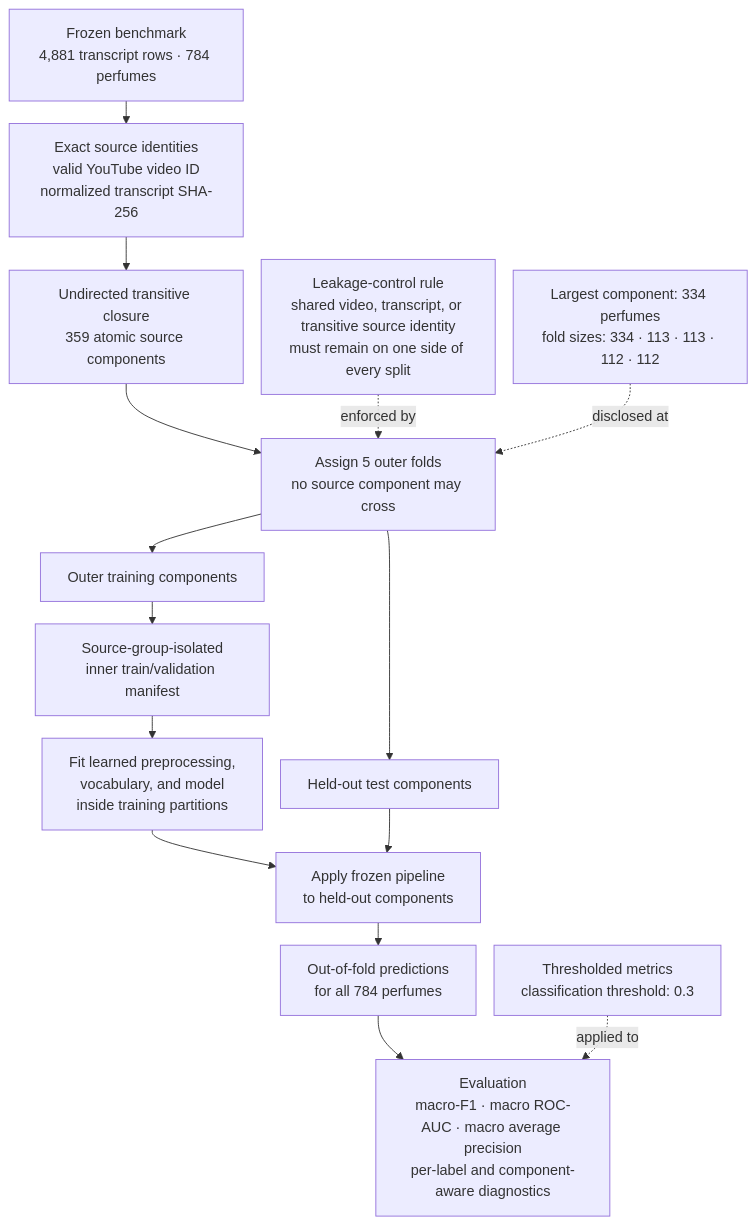
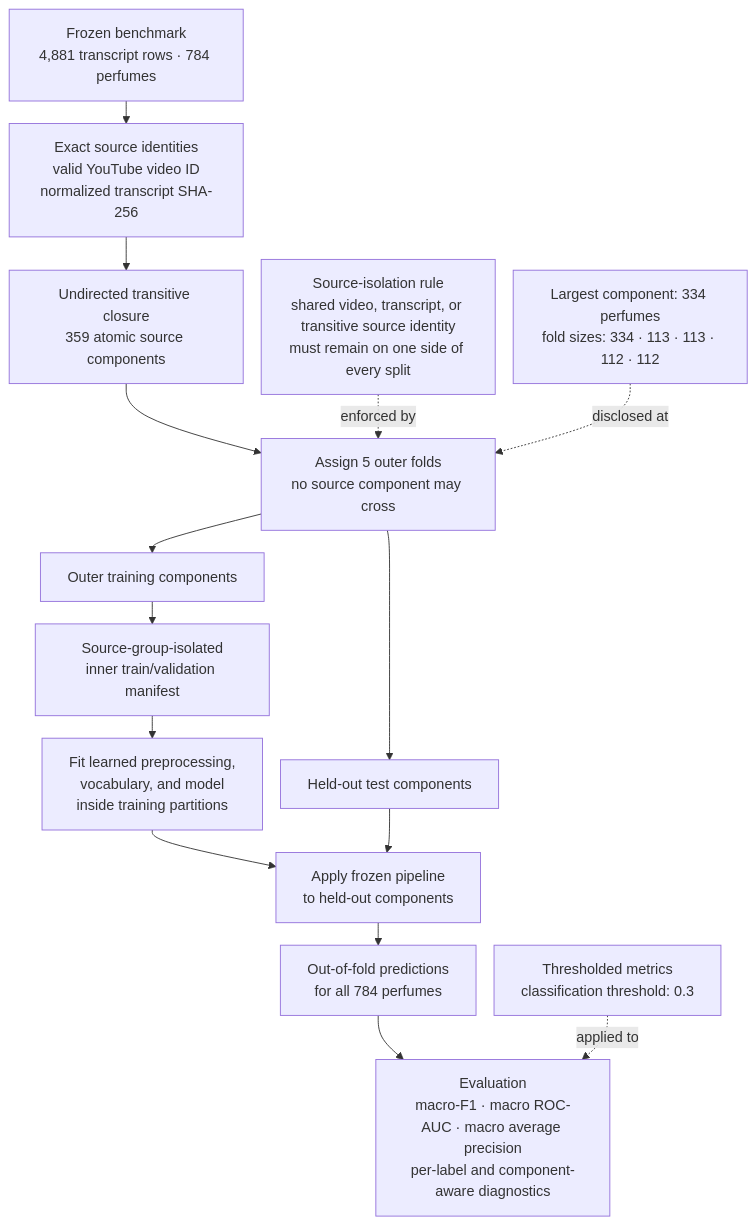
Before and after one commit to ececanga/Sentiment-Analysis-for-Perfume-Reviews: the diagram in docs/thesis/mermaid diagrams/mermaid codes/figure_3_5_cross_validation_leakage_control.mmd, drawn with Mermaid. The commit also changed 85 other files, not shown here.

```diff
--- a/docs/thesis/mermaid diagrams/mermaid codes/figure_3_5_cross_validation_leakage_control.mmd
+++ b/docs/thesis/mermaid diagrams/mermaid codes/figure_3_5_cross_validation_leakage_control.mmd
@@ -1,29 +1,29 @@
 ---
 config:
   layout: dagre
   flowchart:
     nodeSpacing: 20
     rankSpacing: 25
 ---
 flowchart TD
     A["Frozen benchmark<br/>4,881 transcript rows · 784 perfumes"]
     B["Exact source identities<br/>valid YouTube video ID<br/>normalized transcript SHA-256"]
 
     A --> B
     B --> C["Undirected transitive closure<br/>359 atomic source components"]
     C --> D["Assign 5 outer folds<br/>no source component may cross"]
 
     D --> E["Outer training components"]
     D --> F["Held-out test components"]
 
     E --> V["Source-group-isolated<br/>inner train/validation manifest"]
     V --> G["Fit learned preprocessing,<br/>vocabulary, and model<br/>inside training partitions"]
     G --> H["Apply frozen pipeline<br/>to held-out components"]
     F --> H
 
     H --> I["Out-of-fold predictions<br/>for all 784 perfumes"]
     I --> J["Evaluation<br/>macro-F1 · macro ROC-AUC · macro average precision<br/>per-label and component-aware diagnostics"]
 
-    K["Leakage-control rule<br/>shared video, transcript, or transitive source identity<br/>must remain on one side of every split"] -. enforced by .-> D
+    K["Source-isolation rule<br/>shared video, transcript, or transitive source identity<br/>must remain on one side of every split"] -. enforced by .-> D
     M["Largest component: 334 perfumes<br/>fold sizes: 334 · 113 · 113 · 112 · 112"] -. disclosed at .-> D
     L["Thresholded metrics<br/>classification threshold: 0.3"] -. applied to .-> J
```
